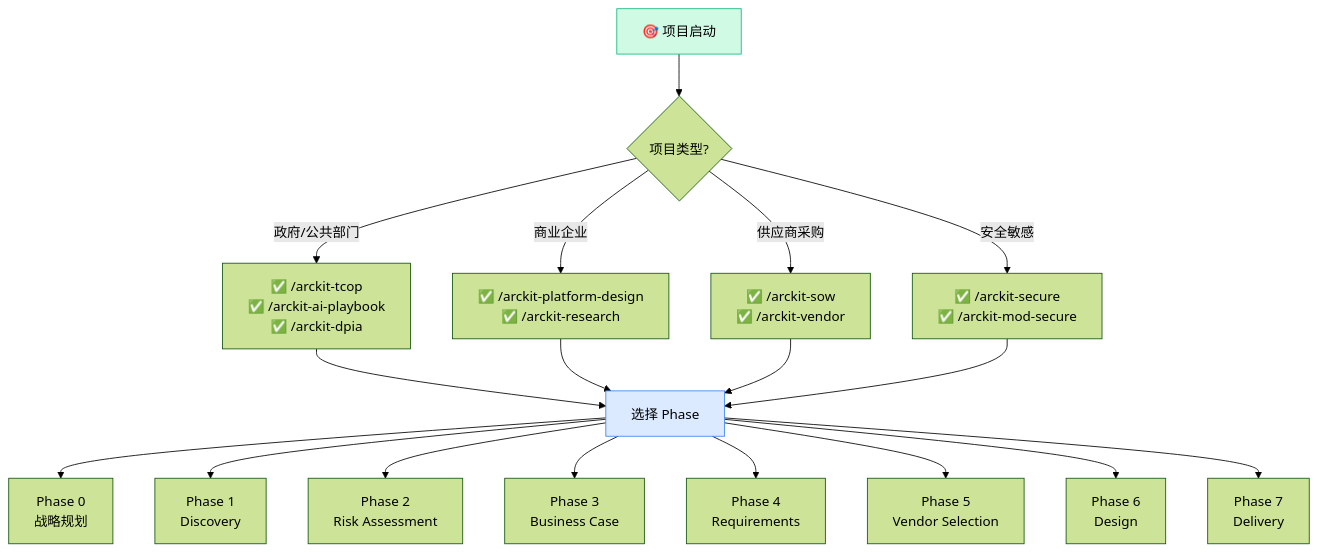
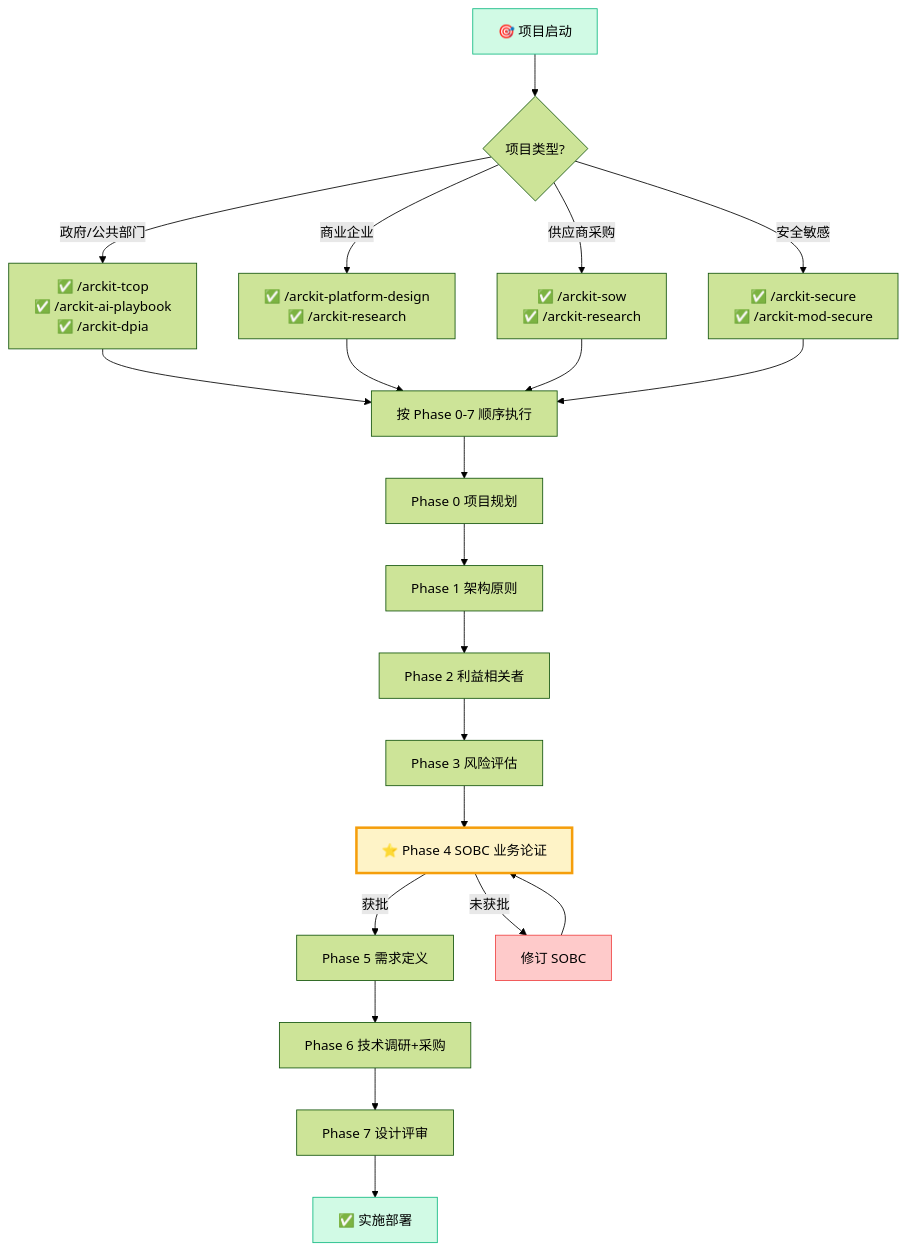
The seventh of 7 diagrams in content/posts/tech/arc-kit-enterprise-architecture-governance.md (A1pha3/text-matrix), drawn with Mermaid (forest theme) before and after one commit. The commit also changed other lines of this file and 70 other files, not shown here.

````diff
--- a/content/posts/tech/arc-kit-enterprise-architecture-governance.md
+++ b/content/posts/tech/arc-kit-enterprise-architecture-governance.md
@@ -649,34 +527,31 @@
 ```mermaid
 flowchart TD
     START["🎯 项目启动"] --> Q1{项目类型?}
     Q1 -->|政府/公共部门| GOV["✅ /arckit-tcop
 ✅ /arckit-ai-playbook
 ✅ /arckit-dpia"]
     Q1 -->|商业企业| BIZ["✅ /arckit-platform-design
 ✅ /arckit-research"]
     Q1 -->|供应商采购| VENDOR["✅ /arckit-sow
-✅ /arckit-vendor"]
+✅ /arckit-research"]
     Q1 -->|安全敏感| SEC["✅ /arckit-secure
 ✅ /arckit-mod-secure"]
-    
-    GOV & BIZ & VENDOR & SEC --> PHASE["选择 Phase"]
-    PHASE --> P0["Phase 0
-战略规划"]
-    PHASE --> P1["Phase 1
-Discovery"]
-    PHASE --> P2["Phase 2
-Risk Assessment"]
-    PHASE --> P3["Phase 3
-Business Case"]
-    PHASE --> P4["Phase 4
-Requirements"]
-    PHASE --> P5["Phase 5
-Vendor Selection"]
-    PHASE --> P6["Phase 6
-Design"]
-    PHASE --> P7["Phase 7
-Delivery"]
-    
+
+    GOV & BIZ & VENDOR & SEC --> PHASE["按 Phase 0-7 顺序执行"]
+    PHASE --> P0["Phase 0 项目规划"]
+    P0 --> P1["Phase 1 架构原则"]
+    P1 --> P2["Phase 2 利益相关者"]
+    P2 --> P3["Phase 3 风险评估"]
+    P3 --> P4["⭐ Phase 4 SOBC 业务论证"]
+    P4 -->|获批| P5["Phase 5 需求定义"]
+    P4 -->|未获批| REVISE["修订 SOBC"]
+    REVISE --> P4
+    P5 --> P6["Phase 6 技术调研+采购"]
+    P6 --> P7["Phase 7 设计评审"]
+    P7 --> DEPLOY["✅ 实施部署"]
+
     style START fill:#d1fae5,stroke:#10b981
-    style PHASE fill:#dbeafe,stroke:#3b82f6
+    style P4 fill:#fef3c7,stroke:#f59e0b,stroke-width:3px
+    style DEPLOY fill:#d1fae5,stroke:#10b981
+    style REVISE fill:#fecaca,stroke:#ef4444
 ```
````
